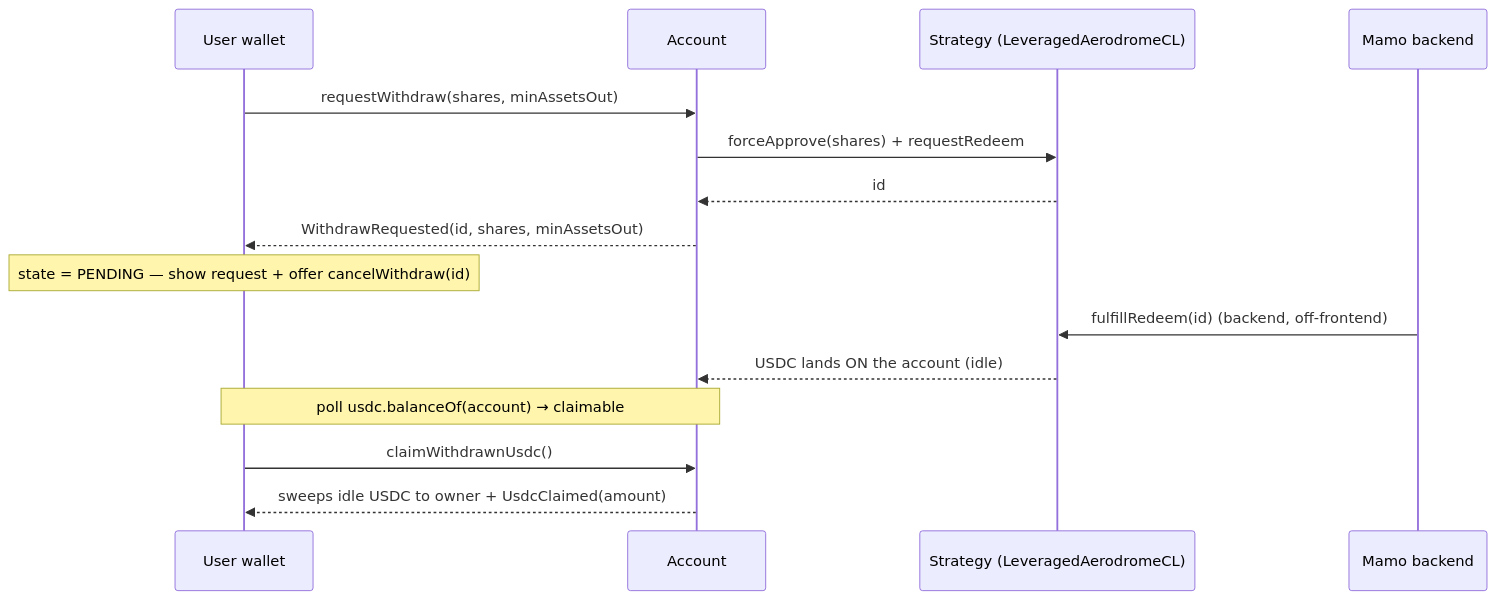
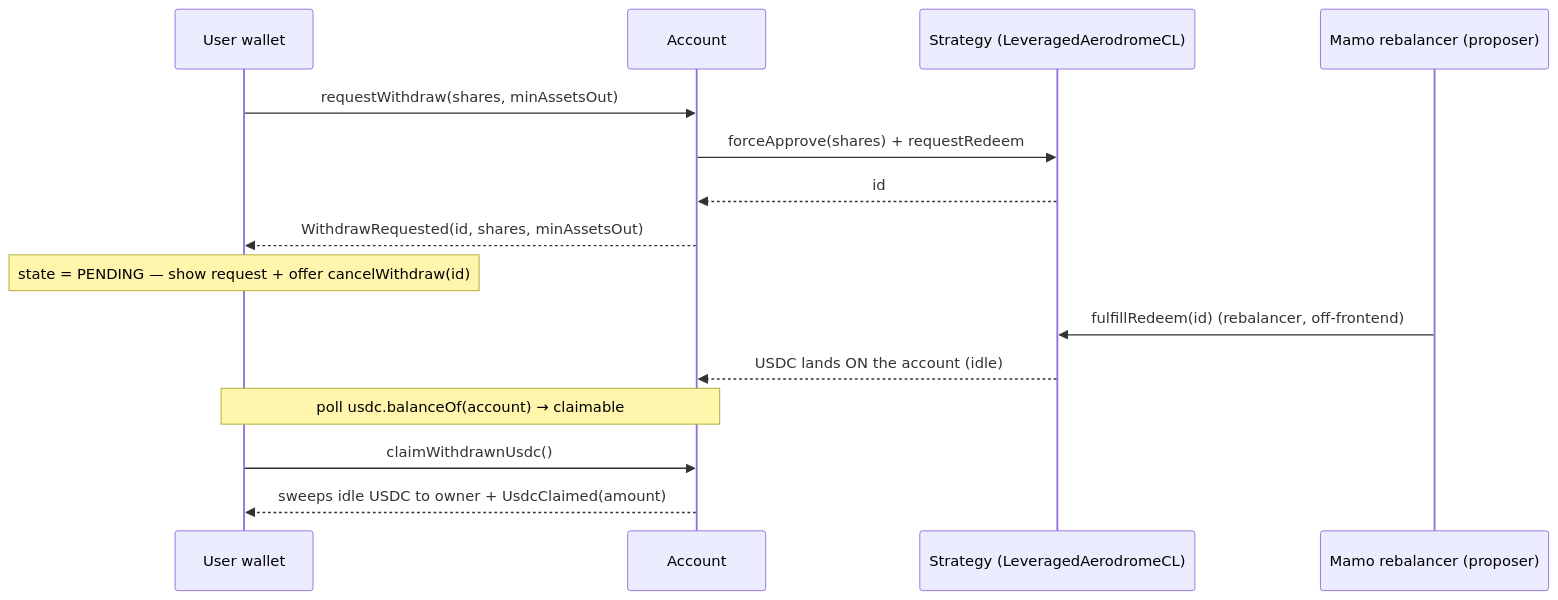
Before and after one commit to moonwell-fi/mamo-contracts: the third of 3 diagrams in docs/integrations/LEVERAGED_AERO_FRONTEND.md, drawn with Mermaid. The commit also changed other lines of this file and 4 other files, not shown here.

````diff
--- a/docs/integrations/LEVERAGED_AERO_FRONTEND.md
+++ b/docs/integrations/LEVERAGED_AERO_FRONTEND.md
@@ -344,18 +353,18 @@
 ```mermaid
 sequenceDiagram
     participant U as User wallet
     participant A as Account
     participant S as Strategy (LeveragedAerodromeCL)
-    participant B as Mamo backend
+    participant B as Mamo rebalancer (proposer)
 
     U->>A: requestWithdraw(shares, minAssetsOut)
     A->>S: forceApprove(shares) + requestRedeem
     S-->>A: id
     A-->>U: WithdrawRequested(id, shares, minAssetsOut)
     Note over U: state = PENDING — show request + offer cancelWithdraw(id)
-    B->>S: fulfillRedeem(id)  (backend, off-frontend)
+    B->>S: fulfillRedeem(id)  (rebalancer, off-frontend)
     S-->>A: USDC lands ON the account (idle)
     Note over U,A: poll usdc.balanceOf(account) → claimable
     U->>A: claimWithdrawnUsdc()
     A-->>U: sweeps idle USDC to owner + UsdcClaimed(amount)
 ```
````
